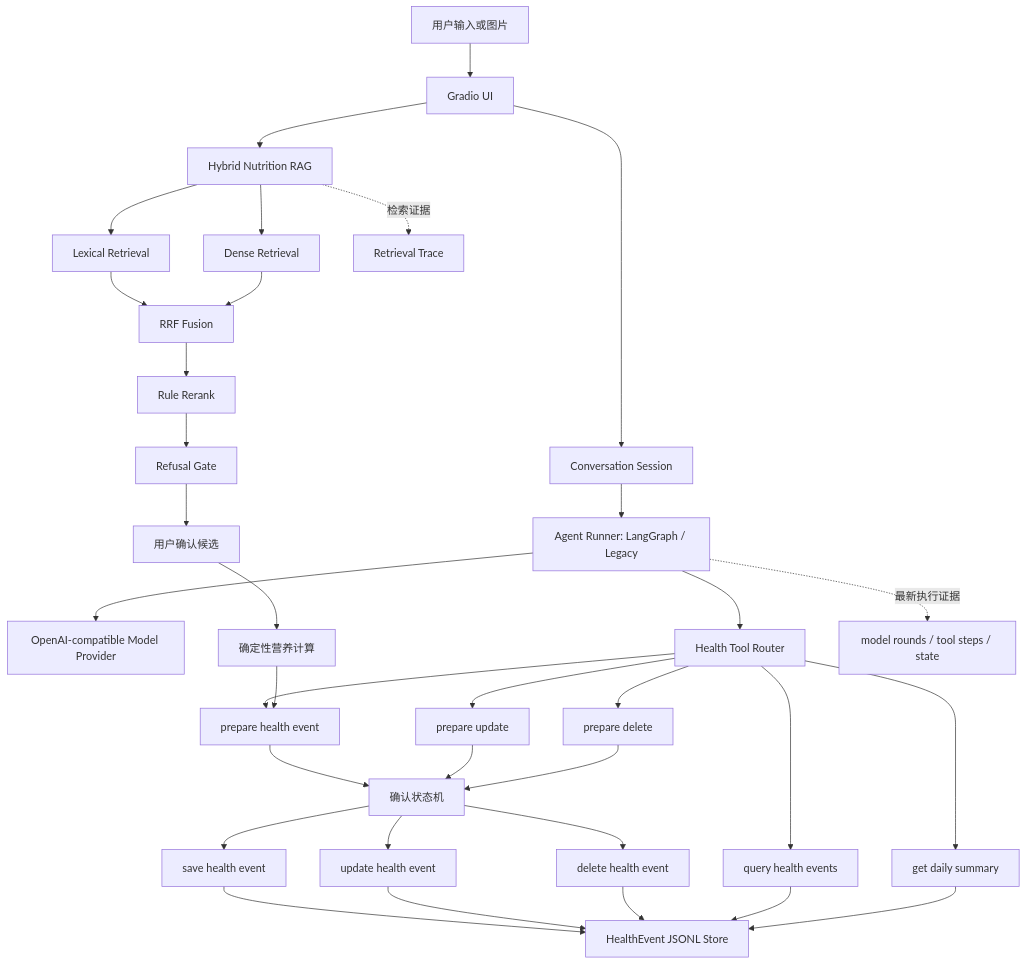
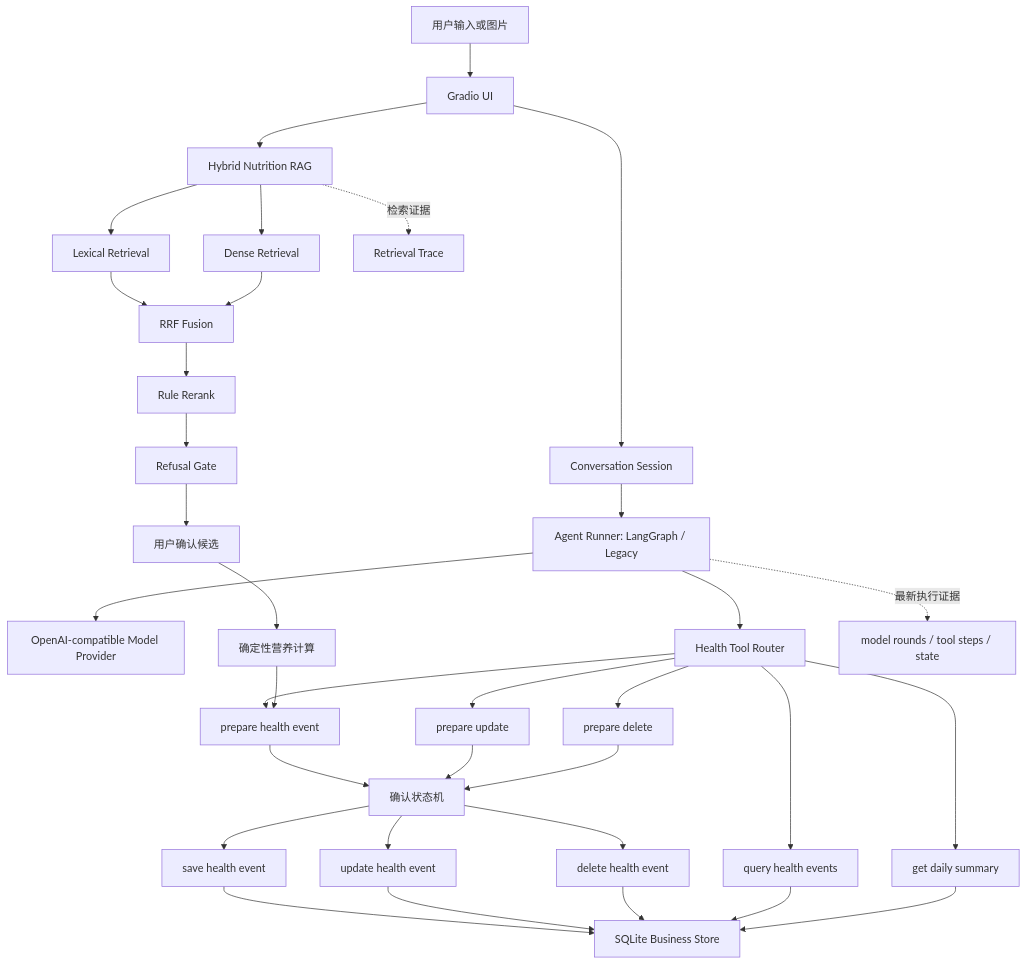
One commit to Woresy/health-assistant-agent changed the diagram in README.md. Above: the diagram before and after it, drawn with Mermaid. The commit also changed other lines of this file and 27 other files, not shown here.

````diff
--- a/README.md
+++ b/README.md
@@ -219,43 +252,43 @@
 ```mermaid
 flowchart TD
     U[用户输入或图片] --> UI[Gradio UI]
 
     UI --> CS[Conversation Session]
     CS --> AR[Agent Runner: LangGraph / Legacy]
     AR --> MP[OpenAI-compatible Model Provider]
     AR --> TR[Health Tool Router]
 
     TR --> PH[prepare health event]
     TR --> QH[query health events]
     TR --> PU[prepare update]
     TR --> PD[prepare delete]
     TR --> DS[get daily summary]
 
     PH --> CF[确认状态机]
     PU --> CF
     PD --> CF
 
     CF --> SH[save health event]
     CF --> UH[update health event]
     CF --> DH[delete health event]
 
-    SH --> STORE[HealthEvent JSONL Store]
+    SH --> STORE[SQLite Business Store]
     UH --> STORE
     DH --> STORE
     QH --> STORE
     DS --> STORE
 
     UI --> RAG[Hybrid Nutrition RAG]
     RAG --> LEX[Lexical Retrieval]
     RAG --> DENSE[Dense Retrieval]
     LEX --> RRF[RRF Fusion]
     DENSE --> RRF
     RRF --> RR[Rule Rerank]
     RR --> GATE[Refusal Gate]
     GATE --> CAND[用户确认候选]
     CAND --> CALC[确定性营养计算]
     CALC --> PH
 
     RAG -.检索证据.-> RT[Retrieval Trace]
     AR -.最新执行证据.-> EV[model rounds / tool steps / state]
 ```
````
